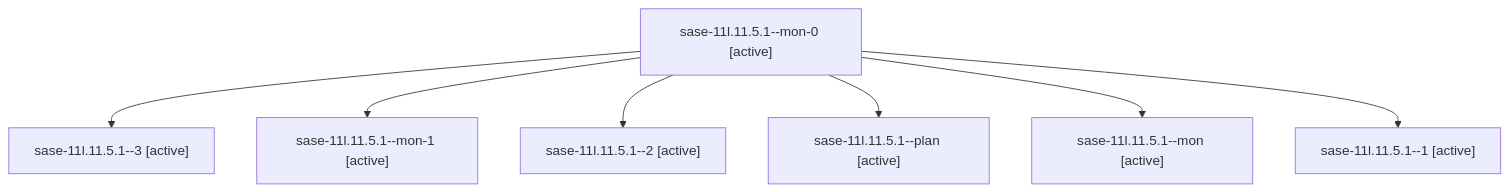
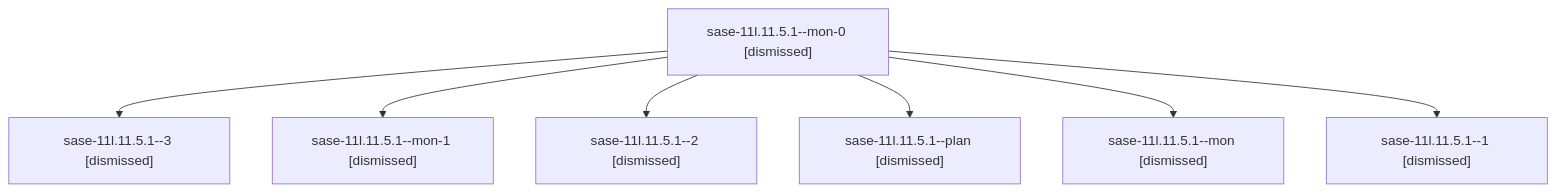
The diagram in sessions/bbugyi200.athena.sase-11l.11.5.1.md (sase-org/sase--agents), drawn with Mermaid before and after one commit. The commit also changed other lines of this file and 204 other files, not shown here.

````diff
--- a/sessions/bbugyi200.athena.sase-11l.11.5.1.md
+++ b/sessions/bbugyi200.athena.sase-11l.11.5.1.md
@@ -9,16 +9,16 @@
 ```mermaid
 flowchart TD
-  n0["sase-11l.11.5.1--mon-0 [active]"]
-  n1["sase-11l.11.5.1--3 [active]"]
+  n0["sase-11l.11.5.1--mon-0 [dismissed]"]
+  n1["sase-11l.11.5.1--3 [dismissed]"]
   n0 --> n1
-  n2["sase-11l.11.5.1--mon-1 [active]"]
+  n2["sase-11l.11.5.1--mon-1 [dismissed]"]
   n0 --> n2
-  n3["sase-11l.11.5.1--2 [active]"]
+  n3["sase-11l.11.5.1--2 [dismissed]"]
   n0 --> n3
-  n4["sase-11l.11.5.1--plan [active]"]
+  n4["sase-11l.11.5.1--plan [dismissed]"]
   n0 --> n4
-  n5["sase-11l.11.5.1--mon [active]"]
+  n5["sase-11l.11.5.1--mon [dismissed]"]
   n0 --> n5
-  n6["sase-11l.11.5.1--1 [active]"]
+  n6["sase-11l.11.5.1--1 [dismissed]"]
   n0 --> n6
 ```
````
